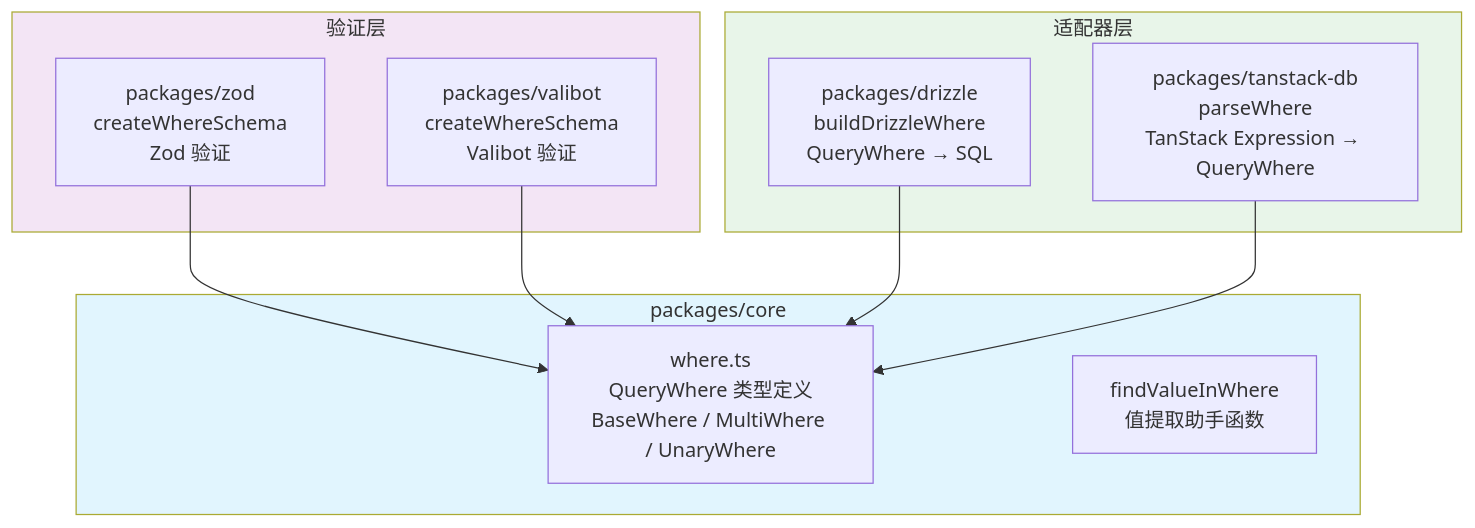
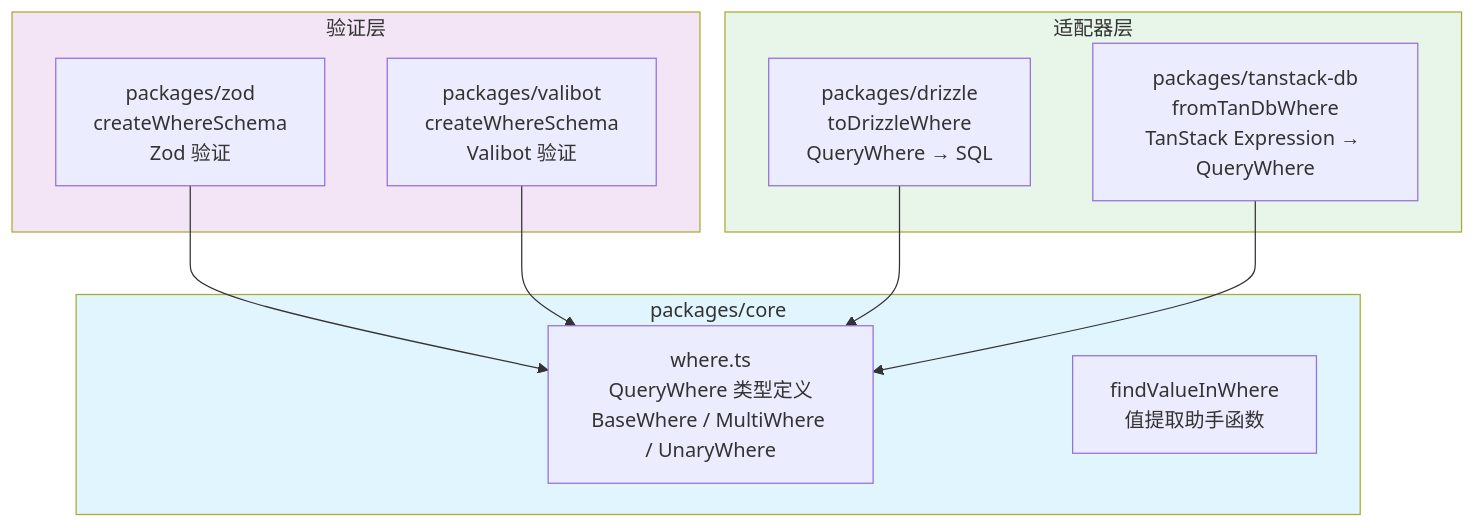
One commit to Nahida-aa/agnostic-query changed the first of 3 diagrams in README.md. Above: the diagram before and after it, drawn with Mermaid. The commit also changed other lines of this file and 1 other file, not shown here.

````diff
--- a/README.md
+++ b/README.md
@@ -7,26 +7,26 @@
 ```mermaid
 graph TB
     subgraph Core["packages/core"]
         where_types["where.ts<br/>QueryWhere 类型定义<br/>BaseWhere / MultiWhere / UnaryWhere"]
         find_helper["findValueInWhere<br/>值提取助手函数"]
     end
 
     subgraph Validation["验证层"]
         zod["packages/zod<br/>createWhereSchema<br/>Zod 验证"]
         valibot["packages/valibot<br/>createWhereSchema<br/>Valibot 验证"]
     end
 
     subgraph Adapters["适配器层"]
-        drizzle["packages/drizzle<br/>buildDrizzleWhere<br/>QueryWhere → SQL"]
-        tanstack["packages/tanstack-db<br/>parseWhere<br/>TanStack Expression → QueryWhere"]
+        drizzle["packages/drizzle<br/>toDrizzleWhere<br/>QueryWhere → SQL"]
+        tanstack["packages/tanstack-db<br/>fromTanDbWhere<br/>TanStack Expression → QueryWhere"]
     end
 
     zod --> where_types
     valibot --> where_types
     drizzle --> where_types
     tanstack --> where_types
 
     style Core fill:#e1f5fe
     style Validation fill:#f3e5f5
     style Adapters fill:#e8f5e9
 ```
````
